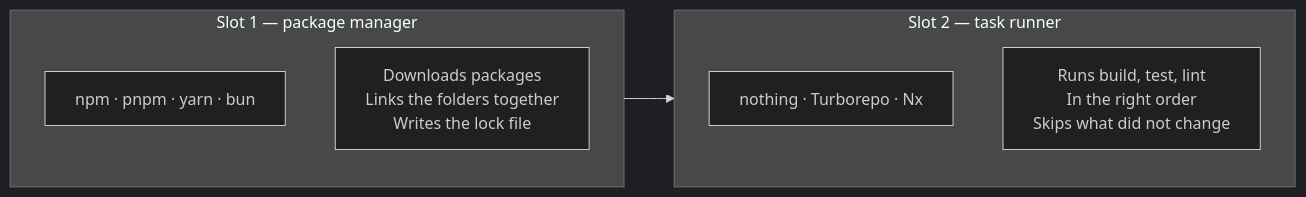
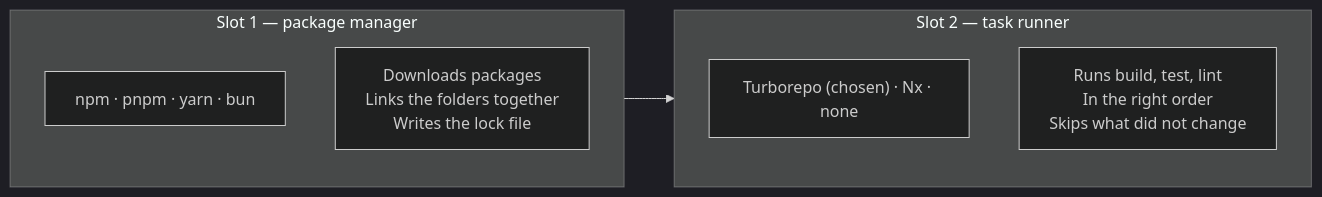
The first of 4 diagrams in docs/learn/monorepo-architecture.md (poszetkristof/zamphora), drawn with Mermaid (dark theme) before and after one commit. The commit also changed other lines of this file and 58 other files, not shown here.

First line of the commit message:
docs: sync all docs, architectural change in infra, 900-security, learning materials (#9)

````diff
--- a/docs/learn/monorepo-architecture.md
+++ b/docs/learn/monorepo-architecture.md
@@ -57,12 +63,12 @@
 ```mermaid
 flowchart LR
     subgraph slot1["Slot 1 — package manager"]
         A["npm · pnpm · yarn · bun"]
         A1["Downloads packages<br/>Links the folders together<br/>Writes the lock file"]
     end
     subgraph slot2["Slot 2 — task runner"]
-        B["nothing · Turborepo · Nx"]
+        B["Turborepo (chosen) · Nx · none"]
         B1["Runs build, test, lint<br/>In the right order<br/>Skips what did not change"]
     end
     slot1 --> slot2
 ```
````
